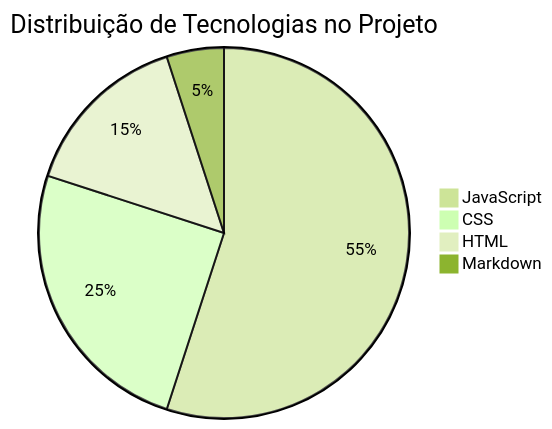
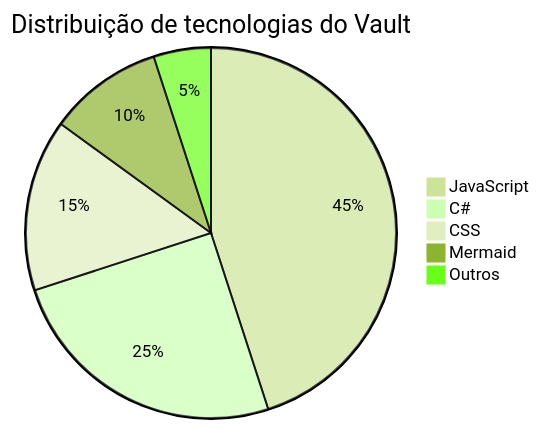
Before and after one commit to leorruas/programacao: diagram 14 of 14 in mermaid/Sintaxe e possibilidades com Mermaid.md, drawn with Mermaid (forest theme). The commit also changed other lines of this file and 1 other file, not shown here.

Commit message:
docs(mermaid): expandir exaustivamente sintaxe, diagramas e recursos do mermaid

````diff
--- a/mermaid/Sintaxe e possibilidades com Mermaid.md
+++ b/mermaid/Sintaxe e possibilidades com Mermaid.md
@@ -182,7 +461,8 @@
 ```mermaid
-pie title Distribuição de Tecnologias no Projeto
-    "JavaScript" : 55
-    "CSS" : 25
-    "HTML" : 15
-    "Markdown" : 5
+pie title Distribuição de tecnologias do Vault
+    "JavaScript" : 45
+    "C#" : 25
+    "CSS" : 15
+    "Mermaid" : 10
+    "Outros" : 5
 ```
````
